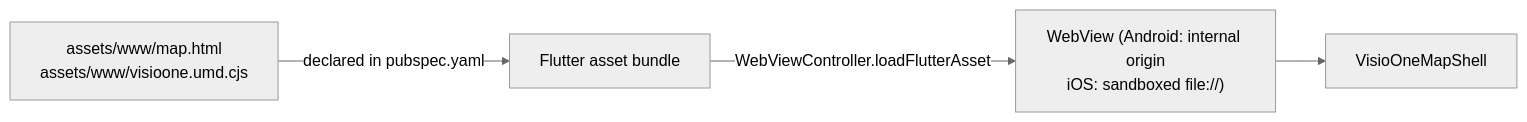
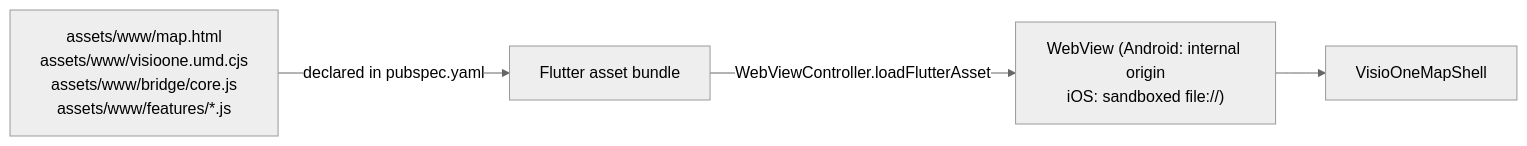
The first of 3 diagrams in docs/ARCHITECTURE.md (visioglobe-sas/VisioOneMeetFlutter), drawn with Mermaid (neutral theme) before and after one commit. The commit also changed other lines of this file and 32 other files, not shown here.

````diff
--- a/docs/ARCHITECTURE.md
+++ b/docs/ARCHITECTURE.md
@@ -24,6 +24,6 @@
 ```mermaid
 graph LR
-  A["assets/www/map.html<br/>assets/www/visioone.umd.cjs"] -->|declared in pubspec.yaml| B["Flutter asset bundle"]
+  A["assets/www/map.html<br/>assets/www/visioone.umd.cjs<br/>assets/www/bridge/core.js<br/>assets/www/features/*.js"] -->|declared in pubspec.yaml| B["Flutter asset bundle"]
   B -->|WebViewController.loadFlutterAsset| C["WebView (Android: internal origin<br/>iOS: sandboxed file://)"]
   C --> D["VisioOneMapShell"]
 ```
````
